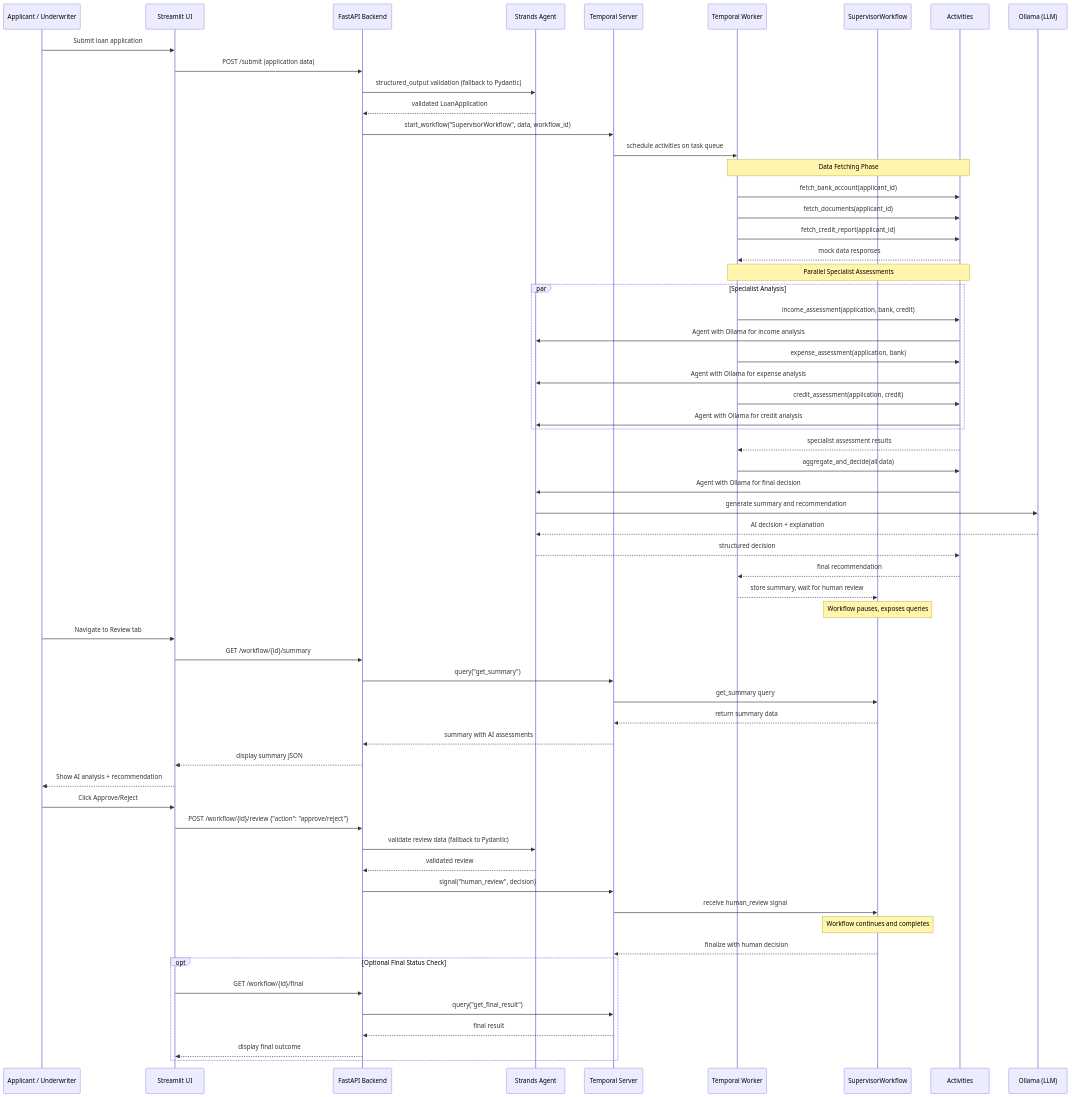
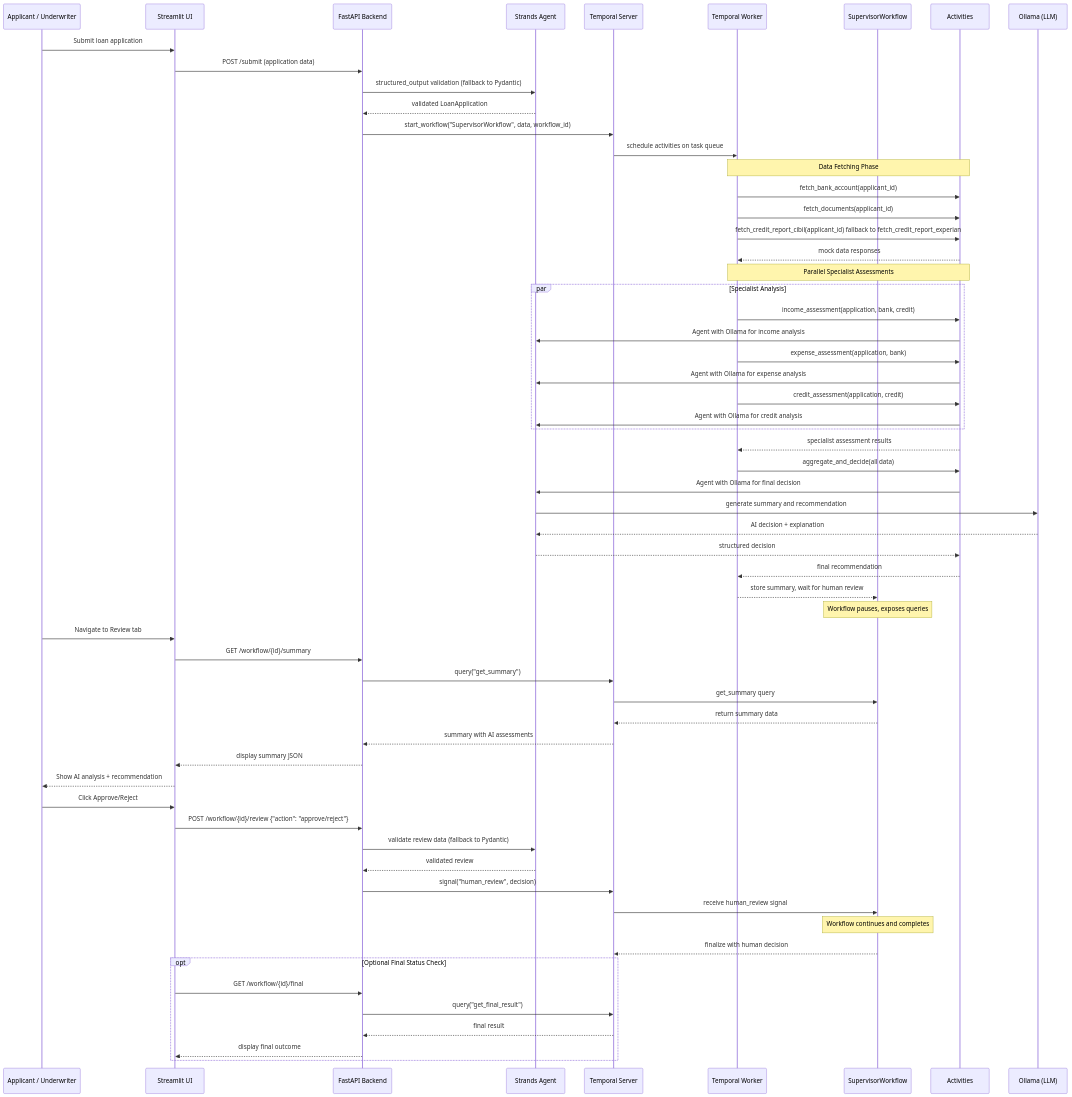
Before and after one commit to temporal-sa/agentic-loan-origination: the diagram in README.md, drawn with Mermaid.

Commit message:
Updated sequence diagram

````diff
--- a/README.md
+++ b/README.md
@@ -16,71 +16,71 @@
 ```mermaid
 sequenceDiagram
 	participant User as Applicant / Underwriter
 	participant Streamlit as Streamlit UI
 	participant FastAPI as FastAPI Backend
 	participant Strands as Strands Agent
 	participant Temporal as Temporal Server
 	participant Worker as Temporal Worker
 	participant Supervisor as SupervisorWorkflow
 	participant Activities as Activities
 	participant Ollama as Ollama (LLM)
 
 	User->>Streamlit: Submit loan application
 	Streamlit->>FastAPI: POST /submit (application data)
 	FastAPI->>Strands: structured_output validation (fallback to Pydantic)
 	Strands-->>FastAPI: validated LoanApplication
 	FastAPI->>Temporal: start_workflow("SupervisorWorkflow", data, workflow_id)
 	Temporal->>Worker: schedule activities on task queue
 
 	Note over Worker, Activities: Data Fetching Phase
 	Worker->>Activities: fetch_bank_account(applicant_id)
 	Worker->>Activities: fetch_documents(applicant_id)
-	Worker->>Activities: fetch_credit_report(applicant_id)
+	Worker->>Activities: fetch_credit_report_cibil(applicant_id) fallback to fetch_credit_report_experian
 	Activities-->>Worker: mock data responses
 
 	Note over Worker, Activities: Parallel Specialist Assessments
 	par Specialist Analysis
 		Worker->>Activities: income_assessment(application, bank, credit)
 		Activities->>Strands: Agent with Ollama for income analysis
 		Worker->>Activities: expense_assessment(application, bank)
 		Activities->>Strands: Agent with Ollama for expense analysis
 		Worker->>Activities: credit_assessment(application, credit)
 		Activities->>Strands: Agent with Ollama for credit analysis
 	end
 	Activities-->>Worker: specialist assessment results
 
 	Worker->>Activities: aggregate_and_decide(all data)
 	Activities->>Strands: Agent with Ollama for final decision
 	Strands->>Ollama: generate summary and recommendation
 	Ollama-->>Strands: AI decision + explanation
 	Strands-->>Activities: structured decision
 	Activities-->>Worker: final recommendation
 	Worker-->>Supervisor: store summary, wait for human review
 
 	Note over Supervisor: Workflow pauses, exposes queries
 
 	User->>Streamlit: Navigate to Review tab
 	Streamlit->>FastAPI: GET /workflow/{id}/summary
 	FastAPI->>Temporal: query("get_summary")
 	Temporal->>Supervisor: get_summary query
 	Supervisor-->>Temporal: return summary data
 	Temporal-->>FastAPI: summary with AI assessments
 	FastAPI-->>Streamlit: display summary JSON
 	Streamlit-->>User: Show AI analysis + recommendation
 
 	User->>Streamlit: Click Approve/Reject
 	Streamlit->>FastAPI: POST /workflow/{id}/review {"action": "approve/reject"}
 	FastAPI->>Strands: validate review data (fallback to Pydantic)
 	Strands-->>FastAPI: validated review
 	FastAPI->>Temporal: signal("human_review", decision)
 	Temporal->>Supervisor: receive human_review signal
 	Note over Supervisor: Workflow continues and completes
 	Supervisor-->>Temporal: finalize with human decision
 
 	opt Optional Final Status Check
 		Streamlit->>FastAPI: GET /workflow/{id}/final
 		FastAPI->>Temporal: query("get_final_result")
 		Temporal-->>FastAPI: final result
 		FastAPI-->>Streamlit: display final outcome
 	end
 ```
````
